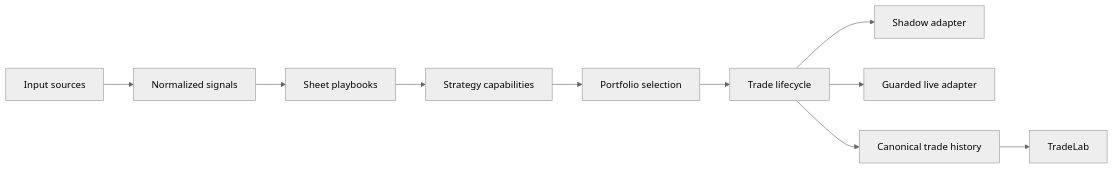
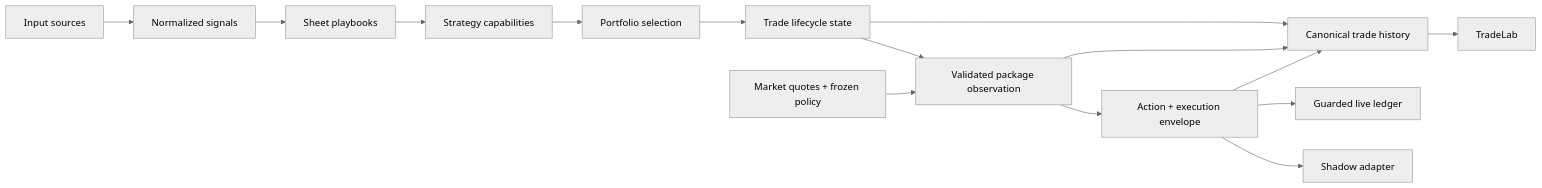
Before and after one commit to skishore1676/kamandal_v2: the first of 2 diagrams in docs/ARCHITECTURE.md, drawn with Mermaid (neutral theme). The commit also changed other lines of this file and 23 other files, not shown here.

````diff
--- a/docs/ARCHITECTURE.md
+++ b/docs/ARCHITECTURE.md
@@ -24,12 +24,17 @@
 ```mermaid
 flowchart LR
     A["Input sources"] --> B["Normalized signals"]
     B --> C["Sheet playbooks"]
     C --> D["Strategy capabilities"]
     D --> E["Portfolio selection"]
-    E --> F["Trade lifecycle"]
-    F --> G["Shadow adapter"]
-    F --> H["Guarded live adapter"]
-    F --> I["Canonical trade history"]
-    I --> J["TradeLab"]
+    E --> F["Trade lifecycle state"]
+    K["Market quotes + frozen policy"] --> G["Validated package observation"]
+    F --> G
+    G --> H["Action + execution envelope"]
+    H --> I["Shadow adapter"]
+    H --> J["Guarded live ledger"]
+    F --> L["Canonical trade history"]
+    G --> L
+    H --> L
+    L --> M["TradeLab"]
 ```
````
